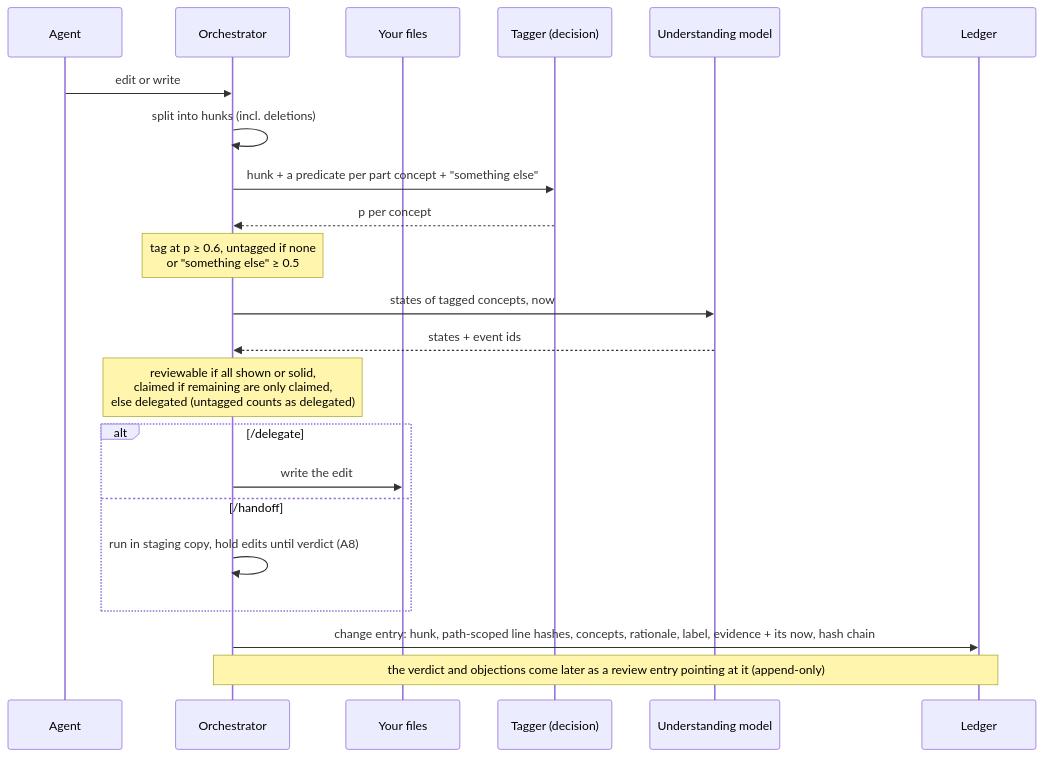
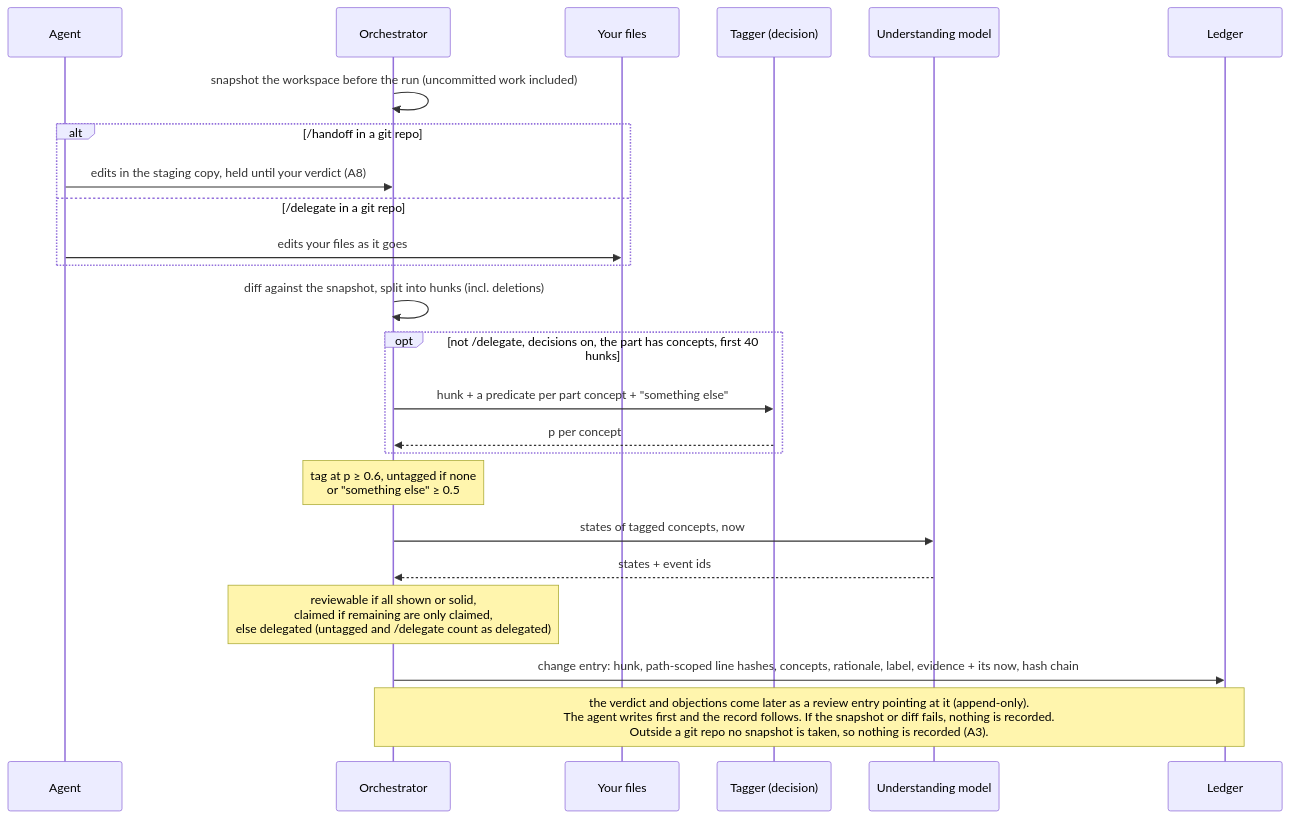
The tenth of 13 diagrams in docs/theory.md (lprsrts/pathfinder), drawn with Mermaid before and after one commit. The commit also changed other lines of this file, not shown here.

Commit message:
Make theory Part II describe what the code does today

````diff
--- a/docs/theory.md
+++ b/docs/theory.md
@@ -457,24 +469,26 @@
 ```mermaid
 sequenceDiagram
     participant A as Agent
     participant O as Orchestrator
     participant W as Your files
     participant T as Tagger (decision)
     participant LM as Understanding model
     participant L as Ledger
-    A->>O: edit or write
-    O->>O: split into hunks (incl. deletions)
-    O->>T: hunk + a predicate per part concept + "something else"
-    T-->>O: p per concept
+    O->>O: snapshot the workspace before the run (uncommitted work included)
+    alt /handoff in a git repo
+        A->>O: edits in the staging copy, held until your verdict (A8)
+    else /delegate in a git repo
+        A->>W: edits your files as it goes
+    end
+    O->>O: diff against the snapshot, split into hunks (incl. deletions)
+    opt not /delegate, decisions on, the part has concepts, first 40 hunks
+        O->>T: hunk + a predicate per part concept + "something else"
+        T-->>O: p per concept
+    end
     Note over O: tag at p ≥ 0.6, untagged if none<br/>or "something else" ≥ 0.5
     O->>LM: states of tagged concepts, now
     LM-->>O: states + event ids
-    Note over O: reviewable if all shown or solid,<br/>claimed if remaining are only claimed,<br/>else delegated (untagged counts as delegated)
-    alt /delegate
-        O->>W: write the edit
-    else /handoff
-        O->>O: run in staging copy, hold edits until verdict (A8)
-    end
+    Note over O: reviewable if all shown or solid,<br/>claimed if remaining are only claimed,<br/>else delegated (untagged and /delegate count as delegated)
     O->>L: change entry: hunk, path-scoped line hashes, concepts, rationale, label, evidence + its now, hash chain
-    Note over O,L: the verdict and objections come later as a review entry pointing at it (append-only)
+    Note over O,L: the verdict and objections come later as a review entry pointing at it (append-only).<br/>The agent writes first and the record follows. If the snapshot or diff fails, nothing is recorded.<br/>Outside a git repo no snapshot is taken, so nothing is recorded (A3).
 ```
````
